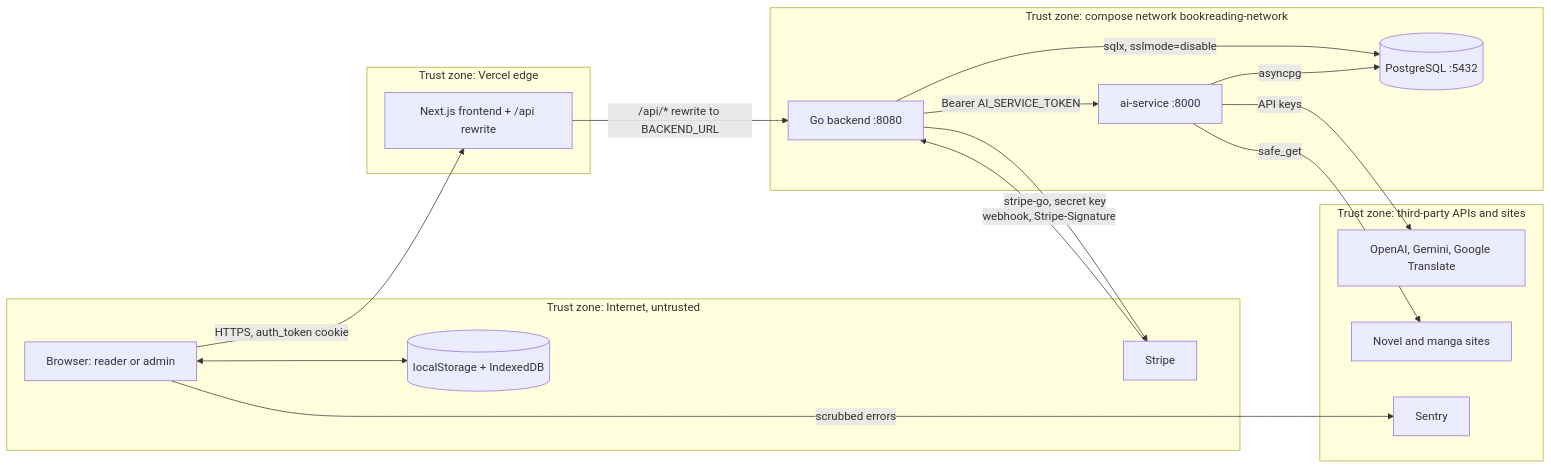
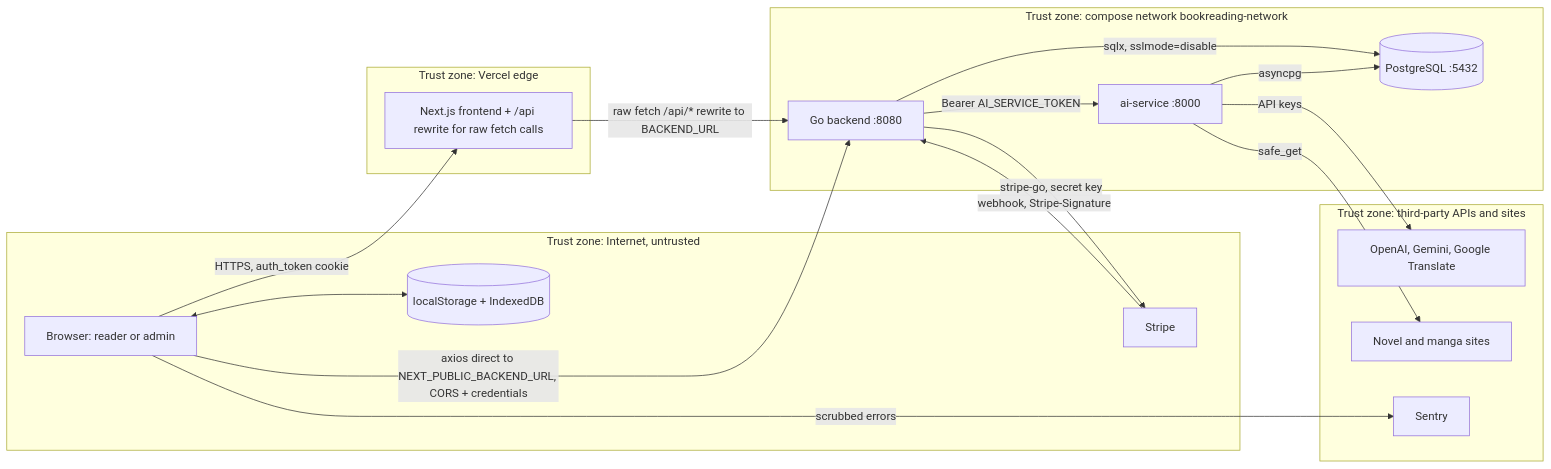
The diagram in docs/diagrams/13-threat-model.md (bookchaowalit-website/content-bookreading), drawn with Mermaid before and after one commit. The commit also changed 7 other files, not shown here.

First line of the commit message:
docs: separate direct axios calls from the Next.js /api rewrite

````diff
--- a/docs/diagrams/13-threat-model.md
+++ b/docs/diagrams/13-threat-model.md
@@ -7,33 +7,34 @@
 ```mermaid
 flowchart LR
     subgraph Internet["Trust zone: Internet, untrusted"]
         U["Browser: reader or admin"]
         LS[("localStorage + IndexedDB")]
         ST["Stripe"]
     end
     subgraph Edge["Trust zone: Vercel edge"]
-        FE["Next.js frontend + /api rewrite"]
+        FE["Next.js frontend + /api rewrite for raw fetch calls"]
     end
     subgraph Private["Trust zone: compose network bookreading-network"]
         BE["Go backend :8080"]
         AI["ai-service :8000"]
         DB[("PostgreSQL :5432")]
     end
     subgraph Third["Trust zone: third-party APIs and sites"]
         LLM["OpenAI, Gemini, Google Translate"]
         SRC["Novel and manga sites"]
         SE["Sentry"]
     end
 
     U <--> LS
     U -->|"HTTPS, auth_token cookie"| FE
-    FE -->|"/api/* rewrite to BACKEND_URL"| BE
+    FE -->|"raw fetch /api/* rewrite to BACKEND_URL"| BE
+    U -->|"axios direct to NEXT_PUBLIC_BACKEND_URL, CORS + credentials"| BE
     ST -->|"webhook, Stripe-Signature"| BE
     BE -->|"stripe-go, secret key"| ST
     BE -->|"Bearer AI_SERVICE_TOKEN"| AI
     BE -->|"sqlx, sslmode=disable"| DB
     AI -->|"asyncpg"| DB
     AI -->|"API keys"| LLM
     AI -->|"safe_get"| SRC
     U -->|"scrubbed errors"| SE
 ```
````
